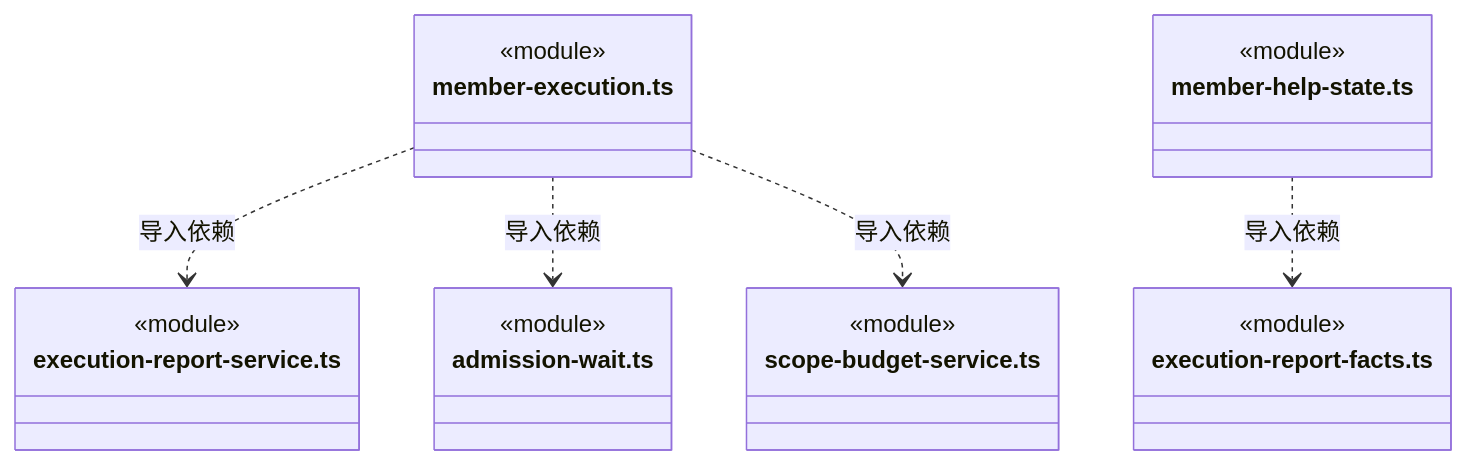
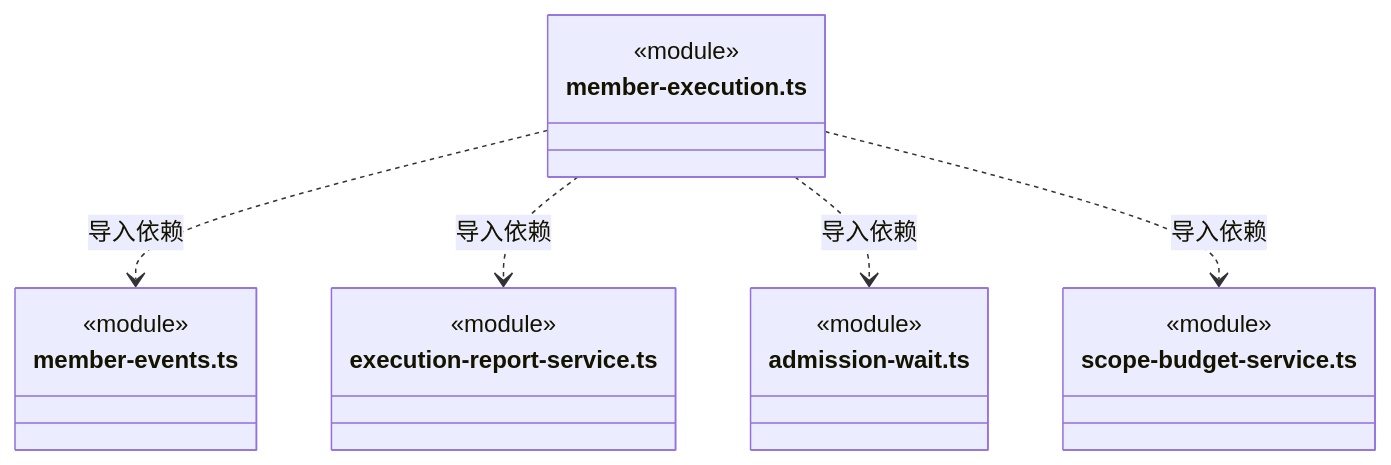
Diagram 43 of 50 in src/backend/scheduler-engine/execution/ARCHITECTURE.md (nan023062/cbim), drawn with Mermaid before and after one commit. The commit also changed other lines of this file and 53 other files, not shown here.

````diff
--- a/src/backend/scheduler-engine/execution/ARCHITECTURE.md
+++ b/src/backend/scheduler-engine/execution/ARCHITECTURE.md
@@ -1141,25 +1171,22 @@
 ```mermaid
 classDiagram
 class N_src_backend_scheduler_engine_execution_member_execution_ts["member-execution.ts"] {
+  <<module>>
+}
+class N_src_backend_scheduler_engine_execution_member_events_ts["member-events.ts"] {
   <<module>>
 }
 class N_src_backend_scheduler_engine_execution_execution_report_service_ts["execution-report-service.ts"] {
   <<module>>
 }
 class N_src_backend_scheduler_engine_execution_admission_wait_ts["admission-wait.ts"] {
   <<module>>
 }
 class N_src_backend_scheduler_engine_execution_scope_budget_service_ts["scope-budget-service.ts"] {
   <<module>>
 }
-class N_src_backend_scheduler_engine_execution_member_help_state_ts["member-help-state.ts"] {
-  <<module>>
-}
-class N_src_backend_scheduler_engine_execution_execution_report_facts_ts["execution-report-facts.ts"] {
-  <<module>>
-}
+N_src_backend_scheduler_engine_execution_member_execution_ts ..> N_src_backend_scheduler_engine_execution_member_events_ts : 导入依赖
 N_src_backend_scheduler_engine_execution_member_execution_ts ..> N_src_backend_scheduler_engine_execution_execution_report_service_ts : 导入依赖
 N_src_backend_scheduler_engine_execution_member_execution_ts ..> N_src_backend_scheduler_engine_execution_admission_wait_ts : 导入依赖
 N_src_backend_scheduler_engine_execution_member_execution_ts ..> N_src_backend_scheduler_engine_execution_scope_budget_service_ts : 导入依赖
-N_src_backend_scheduler_engine_execution_member_help_state_ts ..> N_src_backend_scheduler_engine_execution_execution_report_facts_ts : 导入依赖
 ```
````
